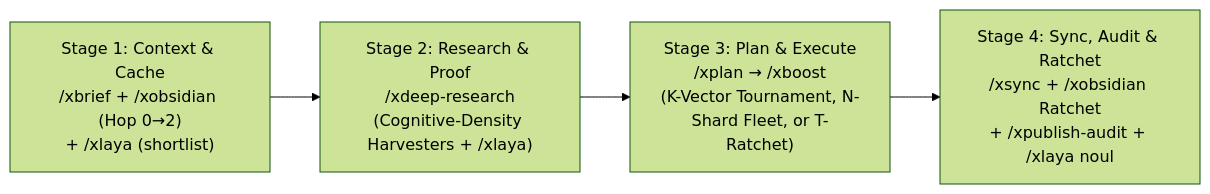
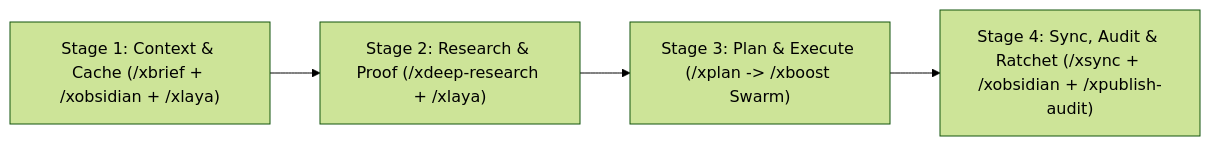
One commit to iscvlab/boostx changed the diagram in skills/xultra/SKILL.md. Above: the diagram before and after it, drawn with Mermaid (forest theme). The commit also changed 6 other files, not shown here.

Commit message:
fix(docs): remove <br> and xychart-beta from Mermaid diagrams across BoostX and /xocr

````diff
--- a/skills/xultra/SKILL.md
+++ b/skills/xultra/SKILL.md
@@ -57,6 +57,6 @@
 ```mermaid
 flowchart LR
-    S1["Stage 1: Context & Cache<br>/xbrief + /xobsidian (Hop 0→2)<br>+ /xlaya (shortlist)"] --> S2["Stage 2: Research & Proof<br>/xdeep-research<br>(Cognitive-Density Harvesters + /xlaya)"]
-    S2 --> S3["Stage 3: Plan & Execute<br>/xplan → /xboost<br>(K-Vector Tournament, N-Shard Fleet, or T-Ratchet)"]
-    S3 --> S4["Stage 4: Sync, Audit & Ratchet<br>/xsync + /xobsidian Ratchet<br>+ /xpublish-audit + /xlaya noul"]
+    S1["Stage 1: Context & Cache (/xbrief + /xobsidian + /xlaya)"] --> S2["Stage 2: Research & Proof (/xdeep-research + /xlaya)"]
+    S2 --> S3["Stage 3: Plan & Execute (/xplan -> /xboost Swarm)"]
+    S3 --> S4["Stage 4: Sync, Audit & Ratchet (/xsync + /xobsidian + /xpublish-audit)"]
 ```
````
